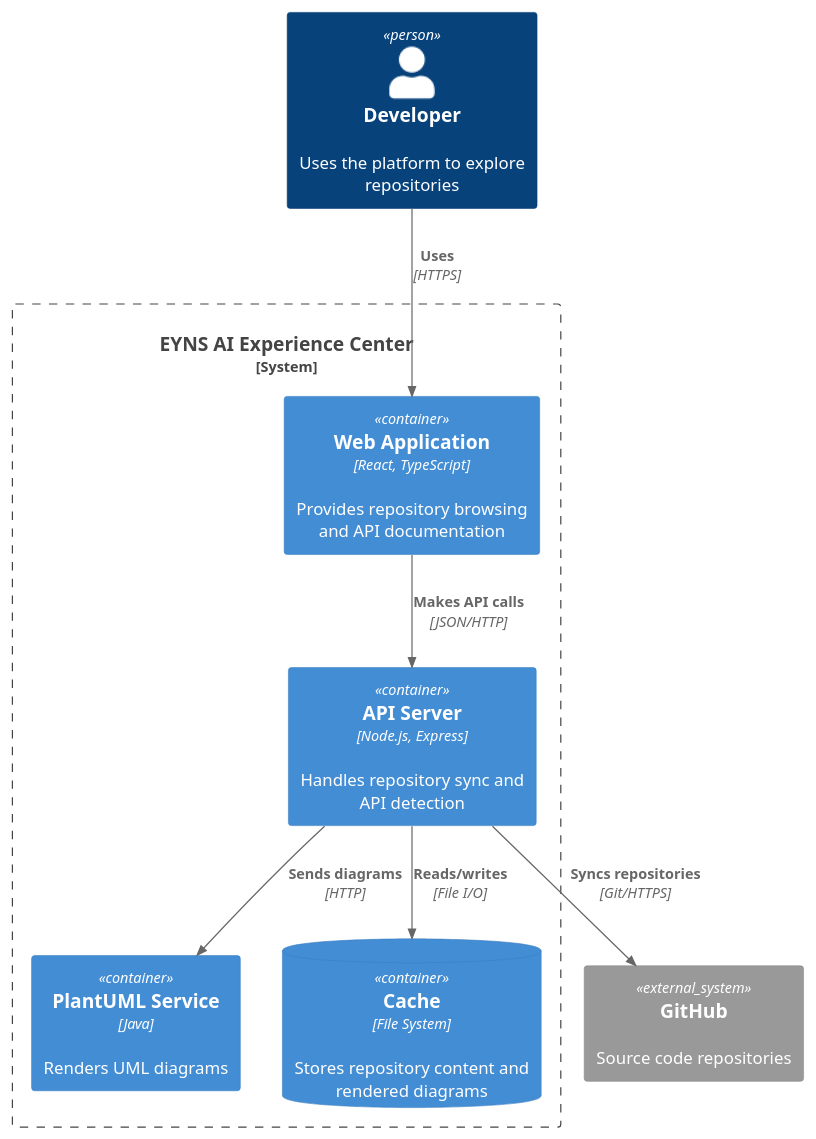
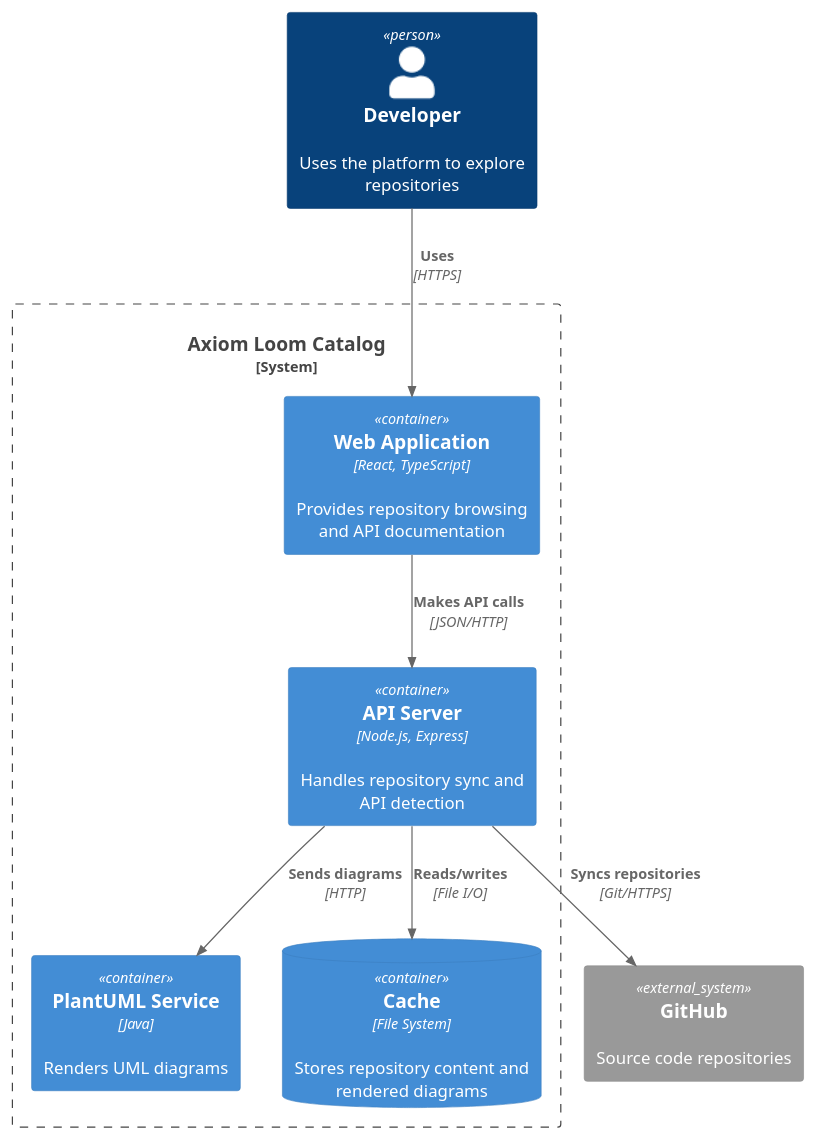
Before and after one commit to jamesenki/Axiom-Loom-Catalog: the third of 7 diagrams in docs/PLANTUML_EXAMPLES.md, drawn with PlantUML. The commit also changed other lines of this file and 88 other files, not shown here.

````diff
--- a/docs/PLANTUML_EXAMPLES.md
+++ b/docs/PLANTUML_EXAMPLES.md
@@ -39,20 +39,20 @@
 ```plantuml
 !include https://raw.githubusercontent.com/plantuml-stdlib/C4-PlantUML/master/C4_Container.puml
 
 Person(user, "Developer", "Uses the platform to explore repositories")
 
-System_Boundary(eyns, "EYNS AI Experience Center") {
+System_Boundary(eyns, "Axiom Loom Catalog") {
     Container(web_app, "Web Application", "React, TypeScript", "Provides repository browsing and API documentation")
     Container(api_server, "API Server", "Node.js, Express", "Handles repository sync and API detection")
     Container(plantuml, "PlantUML Service", "Java", "Renders UML diagrams")
     ContainerDb(cache, "Cache", "File System", "Stores repository content and rendered diagrams")
 }
 
 System_Ext(github, "GitHub", "Source code repositories")
 
 Rel(user, web_app, "Uses", "HTTPS")
 Rel(web_app, api_server, "Makes API calls", "JSON/HTTP")
 Rel(api_server, plantuml, "Sends diagrams", "HTTP")
 Rel(api_server, cache, "Reads/writes", "File I/O")
 Rel(api_server, github, "Syncs repositories", "Git/HTTPS")
 ```
````
